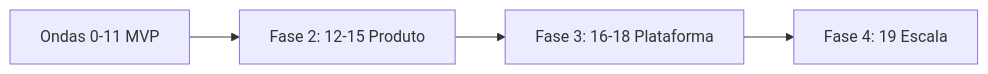
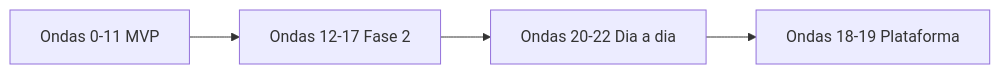
The second of 3 diagrams in implementation-plan.md (solerpedroo/reuniai), drawn with Mermaid before and after one commit. The commit also changed other lines of this file, not shown here.

Commit message:
docs(plan): documenta ondas 20-22 e marca inbox de compromissos como concluída

````diff
--- a/implementation-plan.md
+++ b/implementation-plan.md
@@ -776,6 +794,6 @@
 ```mermaid
 flowchart LR
-    MVP[Ondas 0-11 MVP] --> F2[Fase 2: 12-15 Produto]
-    F2 --> F3[Fase 3: 16-18 Plataforma]
-    F3 --> F4[Fase 4: 19 Escala]
+    MVP[Ondas 0-11 MVP] --> F2[Ondas 12-17 Fase 2]
+    F2 --> DIA[Ondas 20-22 Dia a dia]
+    DIA --> F3[Ondas 18-19 Plataforma]
 ```
````
